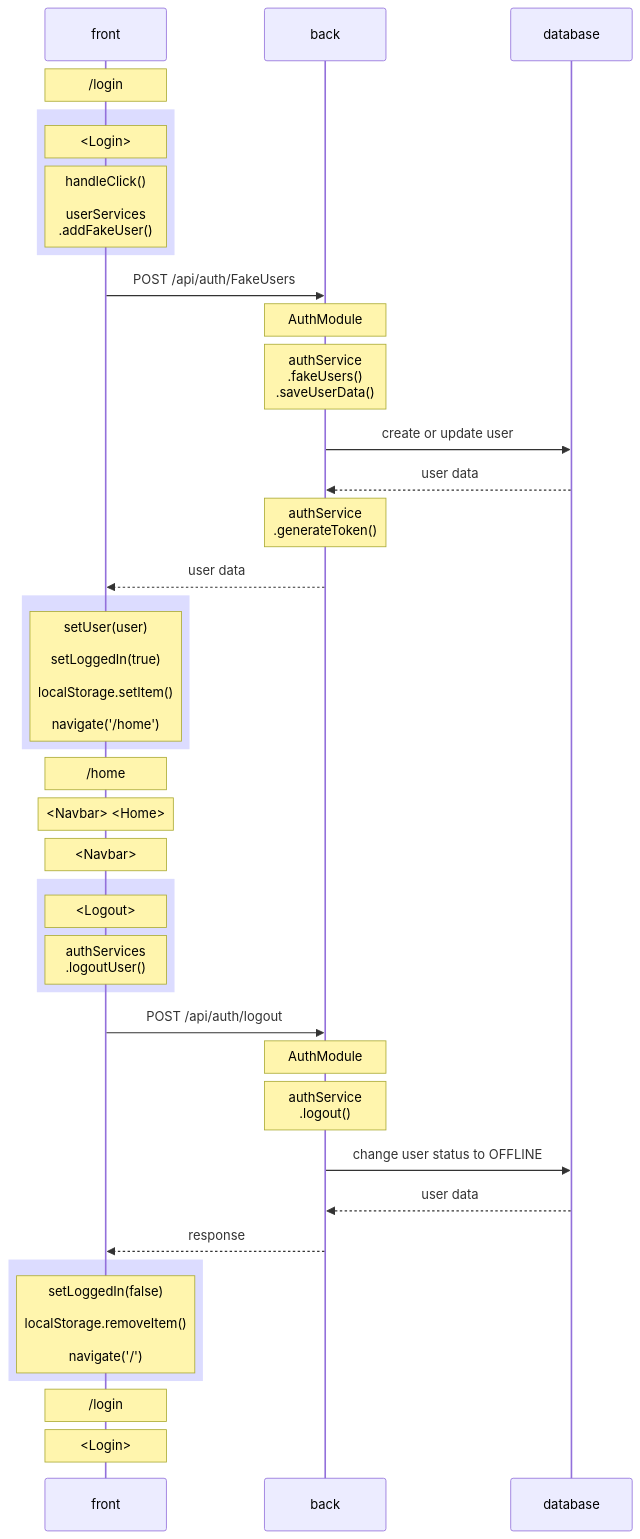
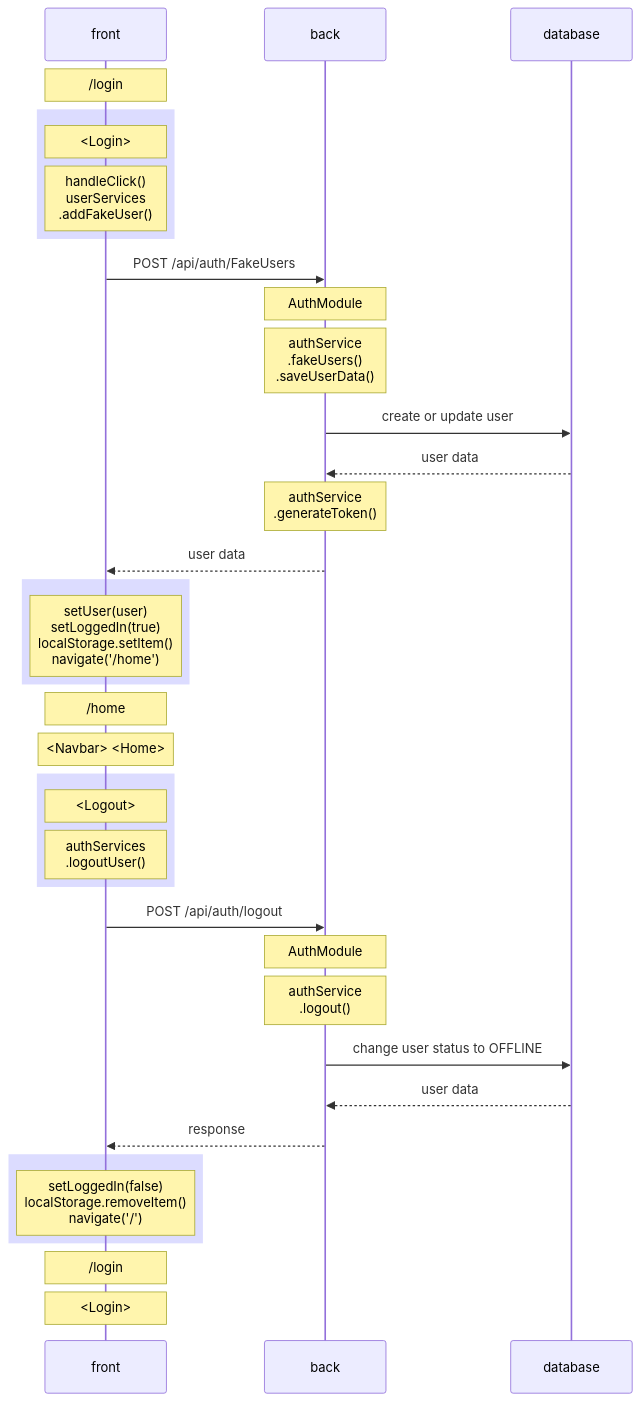
One commit to TDSn3/transcendence changed the diagram in README.md. Above: the diagram before and after it, drawn with Mermaid.

Commit message:
double <br/> impossible

````diff
--- a/README.md
+++ b/README.md
@@ -116,39 +116,40 @@
 ``` mermaid
 sequenceDiagram
 
+    %% Login FakeUser 
 	note over front: /login
     rect rgb(220, 220, 255)
     note over front: <Login>
-    note over front: handleClick() <br/><br/> userServices <br/> .addFakeUser()
+    note over front: handleClick() <br/> userServices <br/> .addFakeUser()
     end
     front->>back: POST /api/auth/FakeUsers
     note over back: AuthModule
     note over back: authService <br/> .fakeUsers() <br/> .saveUserData()
     back->>database: create or update user
     database-->>back: user data
     note over back: authService <br/> .generateToken()
     back-->>front: user data
     rect rgb(220, 220, 255)
-    note over front: setUser(user) <br/><br/> setLoggedIn(true) <br/><br/> localStorage.setItem() <br/><br/> navigate('/home')
+    note over front: setUser(user) <br/> setLoggedIn(true) <br/> localStorage.setItem() <br/> navigate('/home')
     end
     note over front: /home
     note over front: <Navbar> <Home>
 
-    note over front: <Navbar>
+    %% Logout
     rect rgb(220, 220, 255)
     note over front: <Logout>
     note over front: authServices <br/> .logoutUser()
     end
     front->>back: POST /api/auth/logout
     note over back: AuthModule
     note over back: authService <br/> .logout()
     back->>database: change user status to OFFLINE
     database-->>back: user data
     back-->>front: response
     rect rgb(220, 220, 255)
-    note over front: setLoggedIn(false) <br/><br/> localStorage.removeItem() <br/><br/> navigate('/')
+    note over front: setLoggedIn(false) <br/> localStorage.removeItem() <br/> navigate('/')
     end
     note over front: /login
     note over front: <Login>
 
 ```
````
